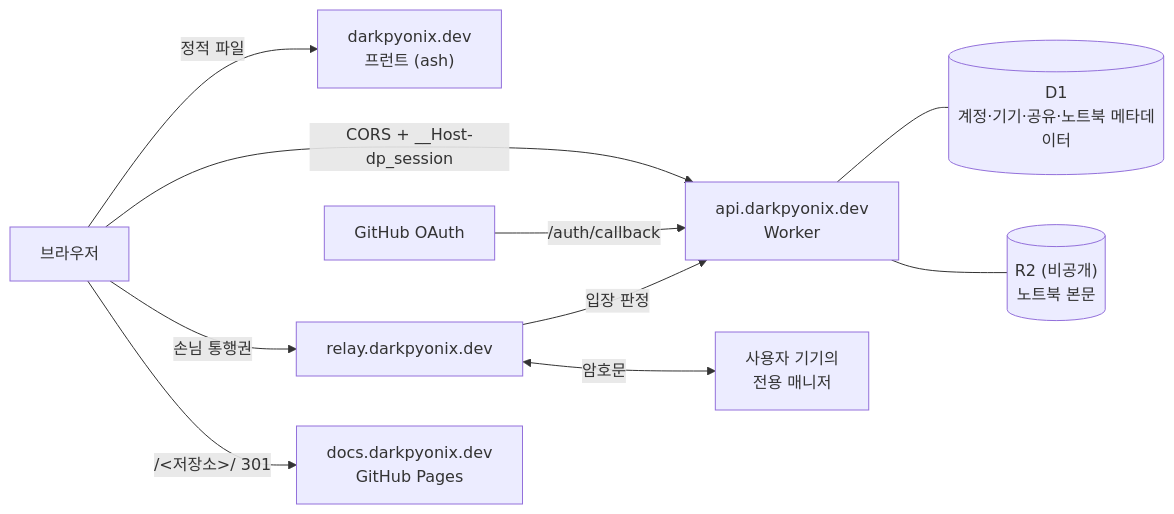
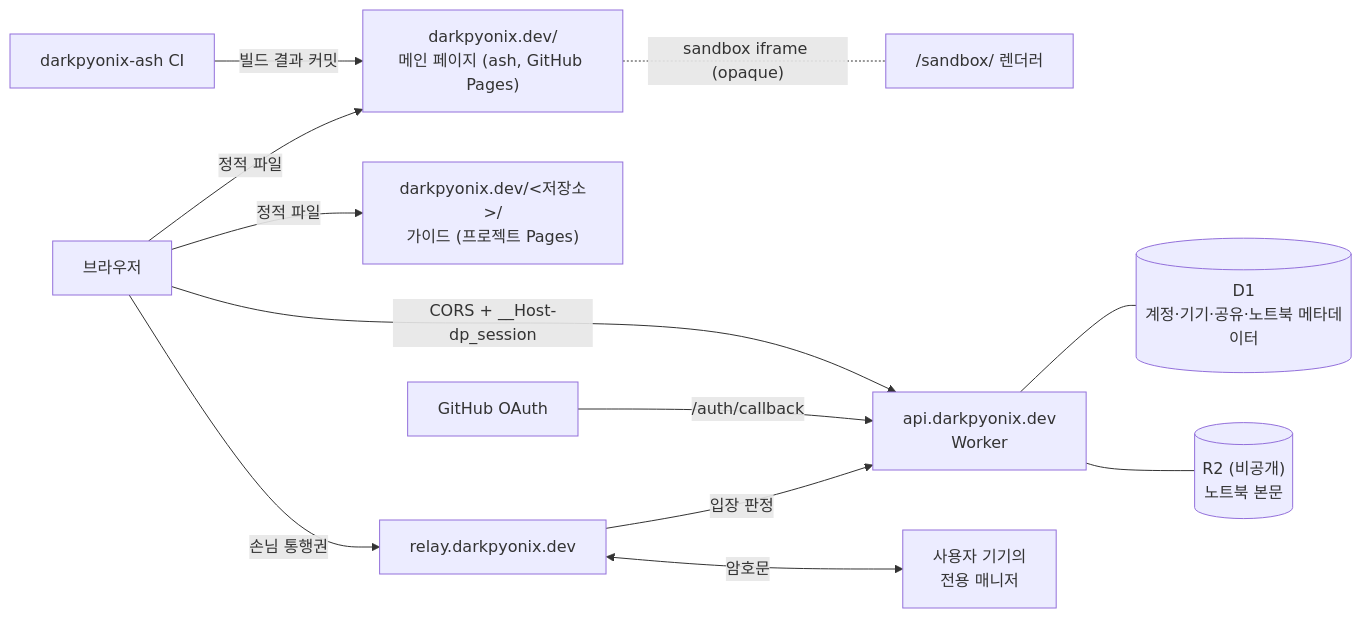
Before and after one commit to DarkPyonix/darkpyonix: the sixth of 8 diagrams in docs/ARCHITECTURE.md, drawn with Mermaid. The commit also changed other lines of this file and 2 other files, not shown here.

First line of the commit message:
Docs: Specify the main page on GitHub Pages (FR-H12, FR-H13, FR-H4, FR-H7, FR-H8, NFR-H3)

````diff
--- a/docs/ARCHITECTURE.md
+++ b/docs/ARCHITECTURE.md
@@ -203,12 +203,14 @@
 ```mermaid
 flowchart LR
-  B["브라우저"] -->|정적 파일| F["darkpyonix.dev<br/>프런트 (ash)"]
+  B["브라우저"] -->|정적 파일| F["darkpyonix.dev/<br/>메인 페이지 (ash, GitHub Pages)"]
+  B -->|정적 파일| GP["darkpyonix.dev/&lt;저장소&gt;/<br/>가이드 (프로젝트 Pages)"]
+  CI["darkpyonix-ash CI"] -->|빌드 결과 커밋| F
+  F -. "sandbox iframe (opaque)" .- SB["/sandbox/ 렌더러"]
   B -->|"CORS + __Host-dp_session"| A["api.darkpyonix.dev<br/>Worker"]
   A --- D1[("D1<br/>계정·기기·공유·노트북 메타데이터")]
   A --- R2[("R2 (비공개)<br/>노트북 본문")]
   B -->|"손님 통행권"| R["relay.darkpyonix.dev"]
   R -->|입장 판정| A
   R <-->|암호문| M["사용자 기기의<br/>전용 매니저"]
   G["GitHub OAuth"] -->|/auth/callback| A
-  B -->|"/&lt;저장소&gt;/ 301"| DOCS["docs.darkpyonix.dev<br/>GitHub Pages"]
 ```
````
